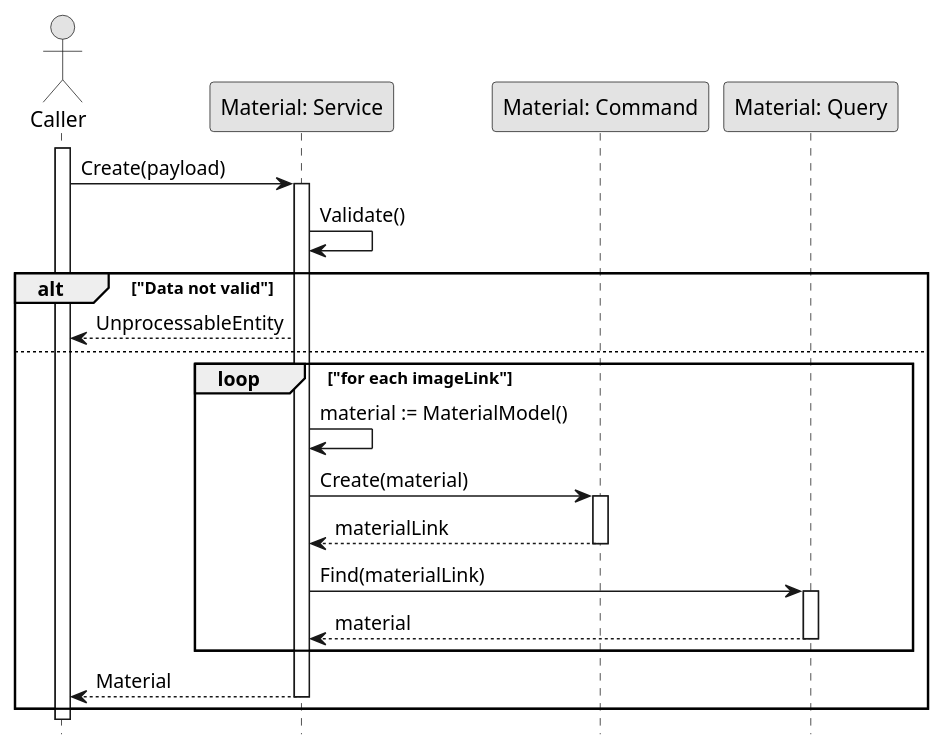
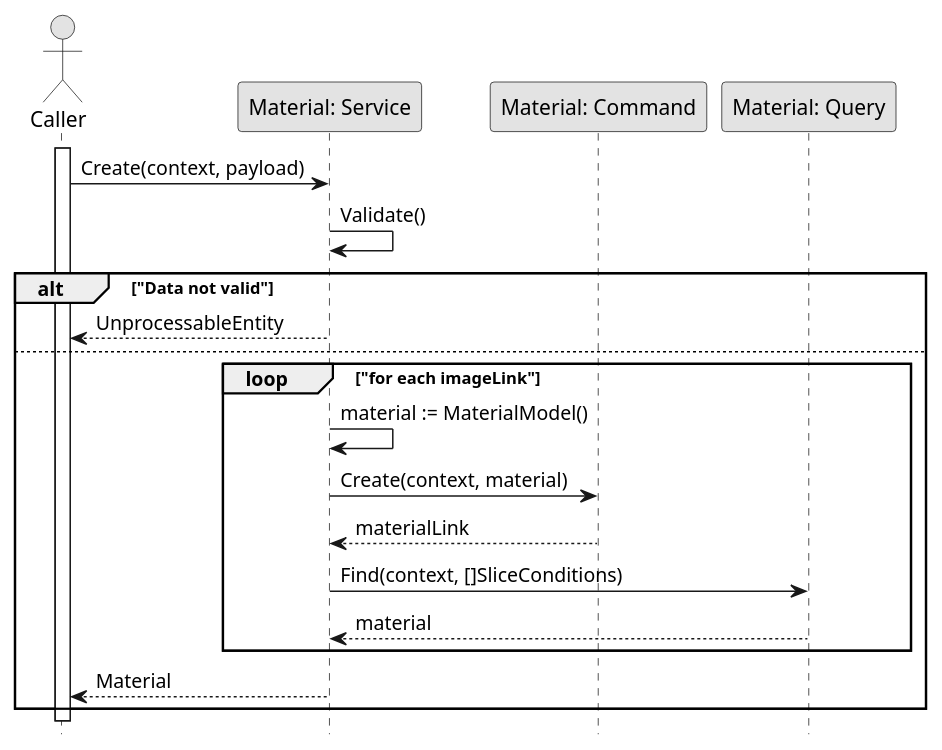
The diagram in Sequence/Release01/CreateMaterial.wsd (fwidjaya20/fazzlearning-uml), drawn with PlantUML before and after one commit. The commit also changed 38 other files, not shown here.

Commit message:
fix(sequence): fix invalid sequence flow

```diff
--- a/Sequence/Release01/CreateMaterial.wsd
+++ b/Sequence/Release01/CreateMaterial.wsd
@@ -1,39 +1,31 @@
 @startuml CreateMaterial
 
 skinparam Monochrome true
 skinparam Shadowing false
 hide footbox
 
 actor Caller
 participant "Material: Service" as MaterialService
 participant "Material: Command" as MaterialCommand
 participant "Material: Query" as MaterialQuery
 
 activate Caller
 
-Caller->MaterialService: Create(payload)
-activate MaterialService
+Caller->MaterialService: Create(context, payload)
 MaterialService->MaterialService: Validate()
 
 alt "Data not valid"
     MaterialService-->Caller: UnprocessableEntity
 else
     loop "for each imageLink"
         MaterialService->MaterialService: material := MaterialModel()
-        MaterialService->MaterialCommand: Create(material)
-        activate MaterialCommand
+        MaterialService->MaterialCommand: Create(context, material)
         MaterialCommand-->MaterialService: materialLink
-        deactivate MaterialCommand
 
-        MaterialService->MaterialQuery: Find(materialLink)
-        activate MaterialQuery
+        MaterialService->MaterialQuery: Find(context, []SliceConditions)
         MaterialQuery-->MaterialService: material
-        deactivate MaterialQuery
     end
     MaterialService-->Caller: Material
-    deactivate MaterialService
 end
 
-deactivate Caller
-
 @enduml
```
